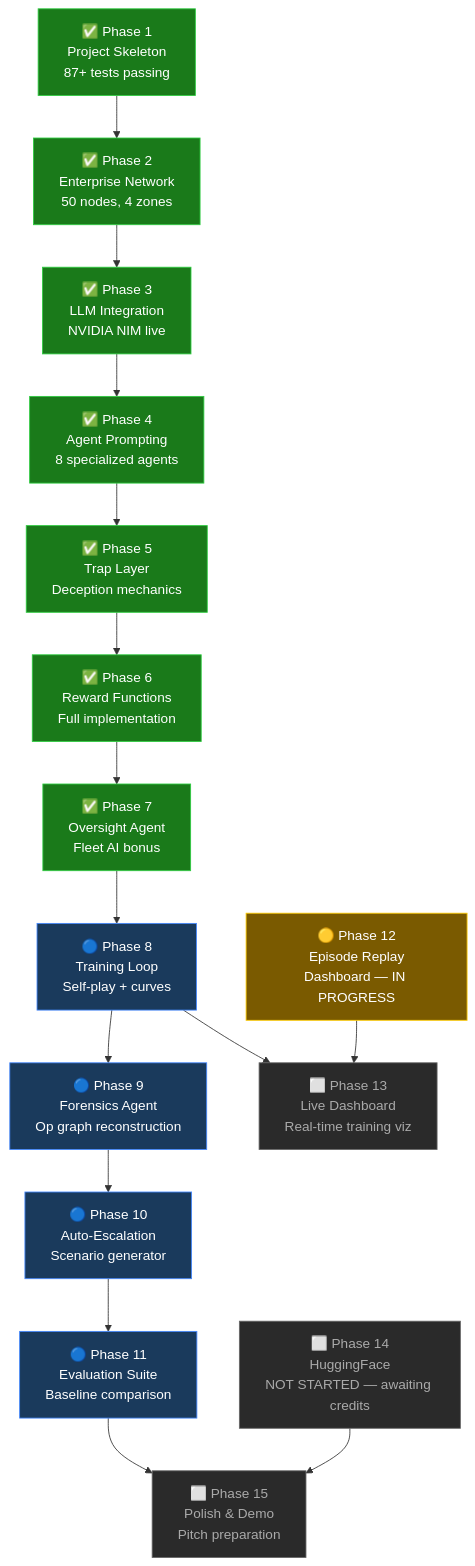
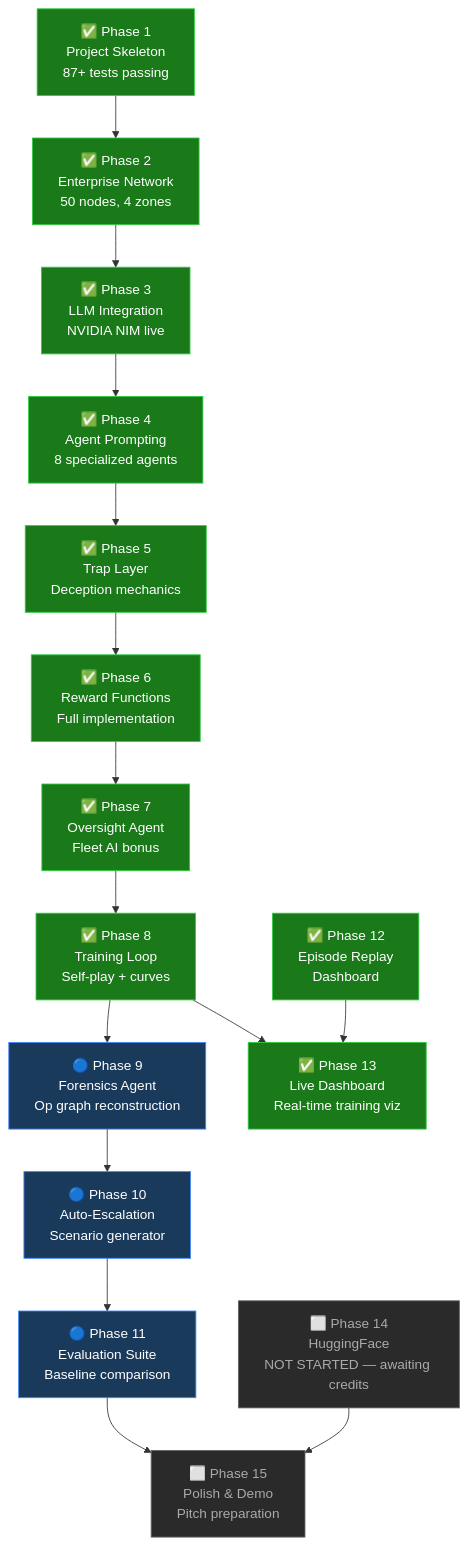
The first of 3 diagrams in ARCHI.md (Wolfie8935/CIPHER), drawn with Mermaid before and after one commit. The commit also changed other lines of this file and 11 other files, not shown here.

````diff
--- a/ARCHI.md
+++ b/ARCHI.md
@@ -7,30 +7,30 @@
 ```mermaid
 flowchart TD
     classDef done fill:#1a7a1a,stroke:#2ecc40,color:#fff
     classDef inprogress fill:#7a5a00,stroke:#ffcc00,color:#fff
     classDef next fill:#1a3a5c,stroke:#4488ff,color:#fff
     classDef future fill:#2a2a2a,stroke:#666,color:#aaa
 
     P1["✅ Phase 1\nProject Skeleton\n87+ tests passing"]:::done
     P2["✅ Phase 2\nEnterprise Network\n50 nodes, 4 zones"]:::done
     P3["✅ Phase 3\nLLM Integration\nNVIDIA NIM live"]:::done
     P4["✅ Phase 4\nAgent Prompting\n8 specialized agents"]:::done
     P5["✅ Phase 5\nTrap Layer\nDeception mechanics"]:::done
     P6["✅ Phase 6\nReward Functions\nFull implementation"]:::done
     P7["✅ Phase 7\nOversight Agent\nFleet AI bonus"]:::done
-    P8["🔵 Phase 8\nTraining Loop\nSelf-play + curves"]:::next
+    P8["✅ Phase 8\nTraining Loop\nSelf-play + curves"]:::done
     P9["🔵 Phase 9\nForensics Agent\nOp graph reconstruction"]:::next
     P10["🔵 Phase 10\nAuto-Escalation\nScenario generator"]:::next
     P11["🔵 Phase 11\nEvaluation Suite\nBaseline comparison"]:::next
-    P12["🟡 Phase 12\nEpisode Replay\nDashboard — IN PROGRESS"]:::inprogress
-    P13["⬜ Phase 13\nLive Dashboard\nReal-time training viz"]:::future
+    P12["✅ Phase 12\nEpisode Replay\nDashboard"]:::done
+    P13["✅ Phase 13\nLive Dashboard\nReal-time training viz"]:::done
     P14["⬜ Phase 14\nHuggingFace\nNOT STARTED — awaiting credits"]:::future
     P15["⬜ Phase 15\nPolish & Demo\nPitch preparation"]:::future
 
     P1 --> P2 --> P3 --> P4 --> P5 --> P6
     P6 --> P7 --> P8 --> P9 --> P10 --> P11
     P8 --> P13
     P12 --> P13
     P11 --> P15
     P14 --> P15
 ```
````
